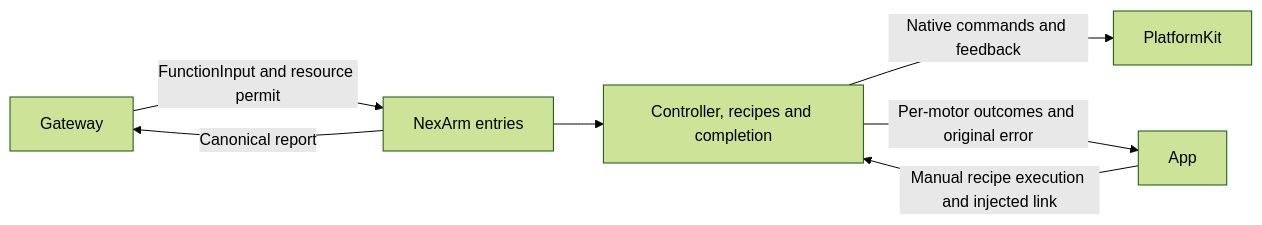
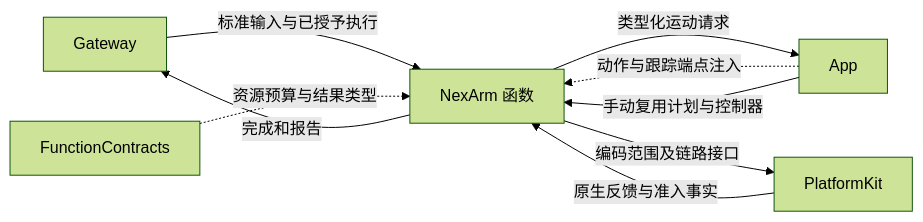
The first of 2 diagrams in MobileHarness/Actions/NexArm/README.md (devilyouwei/MobileHarness), drawn with Mermaid (forest theme) before and after one commit. The commit also changed other lines of this file and 108 other files, not shown here.

````diff
--- a/MobileHarness/Actions/NexArm/README.md
+++ b/MobileHarness/Actions/NexArm/README.md
@@ -15,9 +9,11 @@
 ```mermaid
 flowchart LR
- Gateway -->|FunctionInput and resource permit| Entries[NexArm entries]
- Entries --> Support[Controller, recipes and completion]
- App -->|Manual recipe execution and injected link| Support
- Support -->|Native commands and feedback| PlatformKit
- Support -->|Per-motor outcomes and original error| App
- Entries -->|Canonical report| Gateway
+    Gateway -->|标准输入与已授予执行| N[NexArm 函数]
+    N -->|完成和报告| Gateway
+    App -.->|动作与跟踪端点注入| N
+    N -->|类型化运动请求| App
+    App -->|手动复用计划与控制器| N
+    N -->|编码范围及链路接口| PlatformKit
+    PlatformKit -->|原生反馈与准入事实| N
+    Contracts[FunctionContracts] -.->|资源预算与结果类型| N
 ```
````
